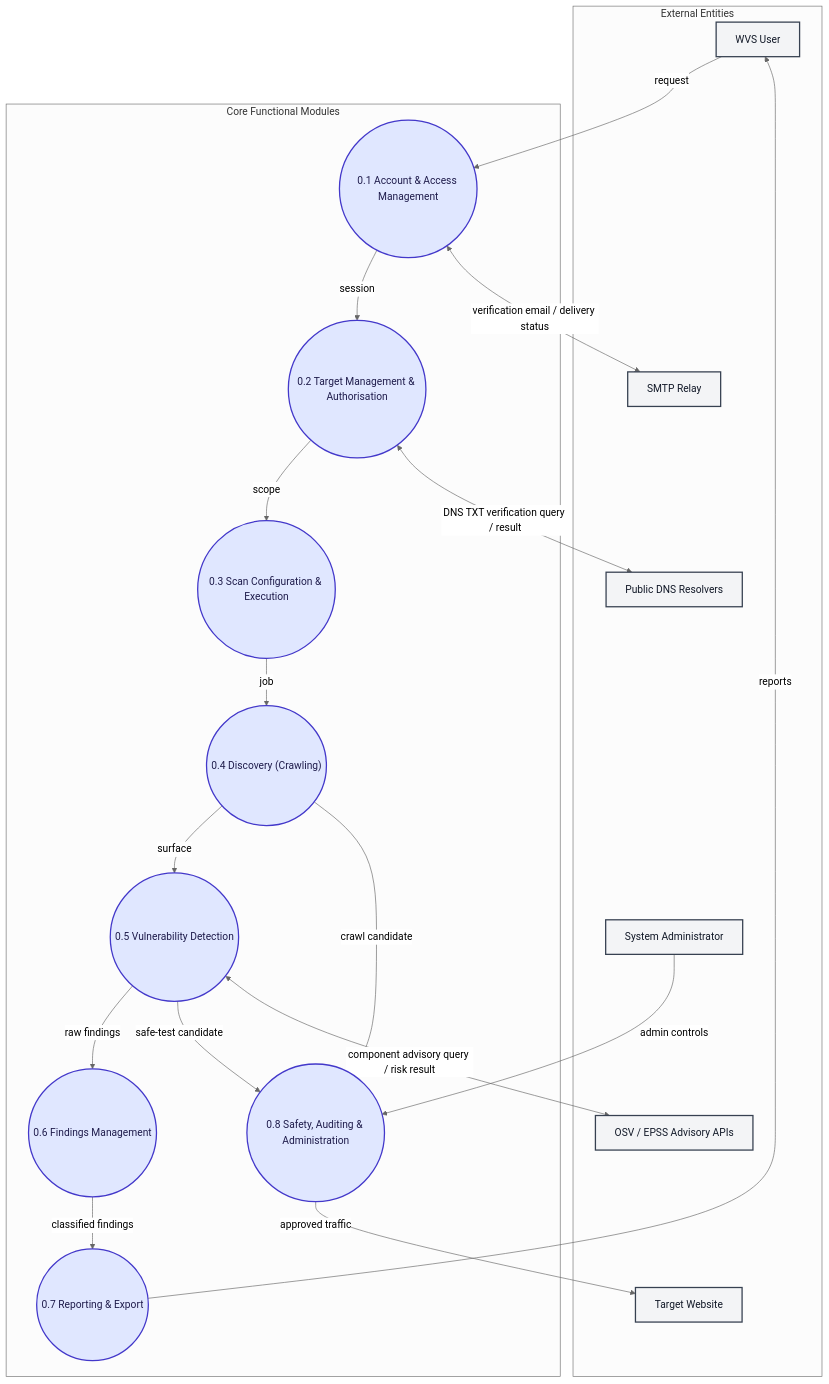
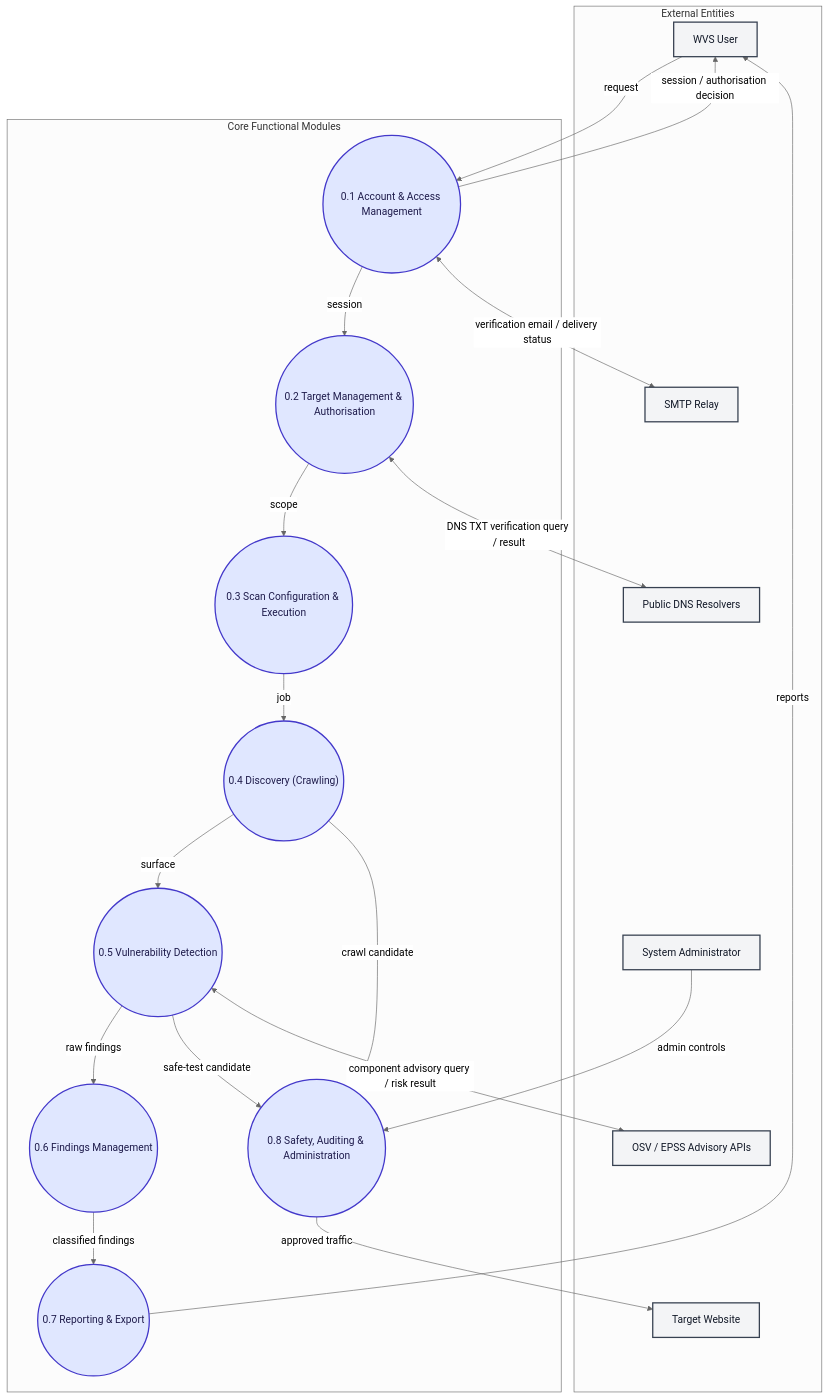
Before and after one commit to ksacheth/software-engineering: the second of 10 diagrams in docs/Website_Vulnerability_Scanner_DFD.md, drawn with Mermaid (neutral theme). The commit also changed other lines of this file and 25 other files, not shown here.

Commit message:
docs(dfd): standardize data store flows

````diff
--- a/docs/Website_Vulnerability_Scanner_DFD.md
+++ b/docs/Website_Vulnerability_Scanner_DFD.md
@@ -75,51 +75,52 @@
 ```mermaid
 flowchart TD
     %% Level 1 DFD - Top-Level Functional Decomposition
 
     subgraph External_Entities ["External Entities"]
         User["WVS User"]
         Admin["System Administrator"]
         Target["Target Website"]
         DNS["Public DNS Resolvers"]
         SMTP["SMTP Relay"]
         OSV["OSV / EPSS Advisory APIs"]
     end
 
     subgraph Processes ["Core Functional Modules"]
         P01(("0.1 Account & Access Management"))
         P02(("0.2 Target Management & Authorisation"))
         P03(("0.3 Scan Configuration & Execution"))
         P04(("0.4 Discovery (Crawling)"))
         P05(("0.5 Vulnerability Detection"))
         P06(("0.6 Findings Management"))
         P07(("0.7 Reporting & Export"))
         P08(("0.8 Safety, Auditing & Administration"))
     end
 
     %% Sequential Main Pipeline Flow
     User -->|"request"| P01
+    P01 -->|"session / authorisation decision"| User
     P01 -->|"session"| P02
     P02 -->|"scope"| P03
     P03 -->|"job"| P04
     P04 -->|"surface"| P05
     P05 -->|"raw findings"| P06
     P06 -->|"classified findings"| P07
     P07 -->|"reports"| User
 
     %% Scope Guard and Safety Control Routing
     P04 -->|"crawl candidate"| P08
     P05 -->|"safe-test candidate"| P08
     Admin -->|"admin controls"| P08
     P08 -->|"approved traffic"| Target
 
     %% Third-Party External Interactions
     P02 <-->|"DNS TXT verification query / result"| DNS
     P01 <-->|"verification email / delivery status"| SMTP
     P05 <-->|"component advisory query / risk result"| OSV
 
     %% Styling
     classDef process fill:#e0e7ff,stroke:#4338ca,stroke-width:2px,color:#1e1b4b;
     classDef entity fill:#f3f4f6,stroke:#374151,stroke-width:2px,color:#111827;
     class P01,P02,P03,P04,P05,P06,P07,P08 process;
     class User,Admin,Target,DNS,SMTP,OSV entity;
 ```
````
